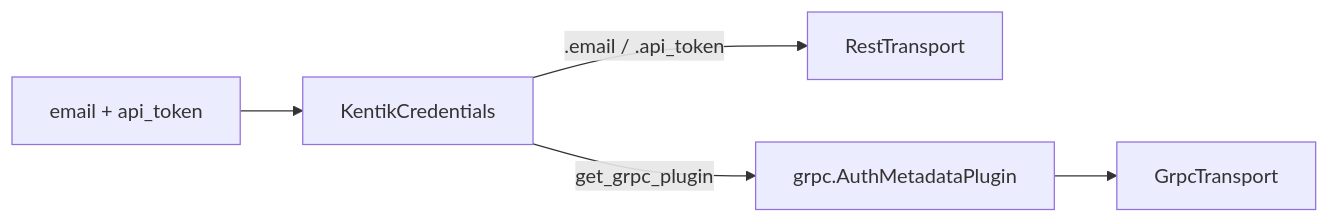
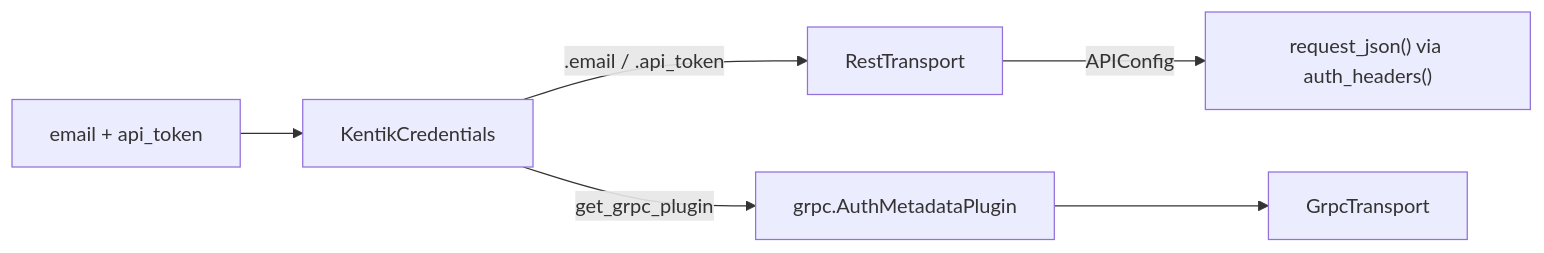
One commit to alexdearaujo/community_sdk_python changed the diagram in src/kentik_api/auth/README.md. Above: the diagram before and after it, drawn with Mermaid. The commit also changed other lines of this file and 9 other files, not shown here.

````diff
--- a/src/kentik_api/auth/README.md
+++ b/src/kentik_api/auth/README.md
@@ -28,8 +29,9 @@
 ```mermaid
 flowchart LR
     In["email + api_token"] --> KC[KentikCredentials]
     KC -->|.email / .api_token| RT[RestTransport]
+    RT -->|APIConfig| RJ["request_json() via auth_headers()"]
     KC -->|get_grpc_plugin| P["grpc.AuthMetadataPlugin"]
     P --> GT[GrpcTransport]
 
 ```
````
